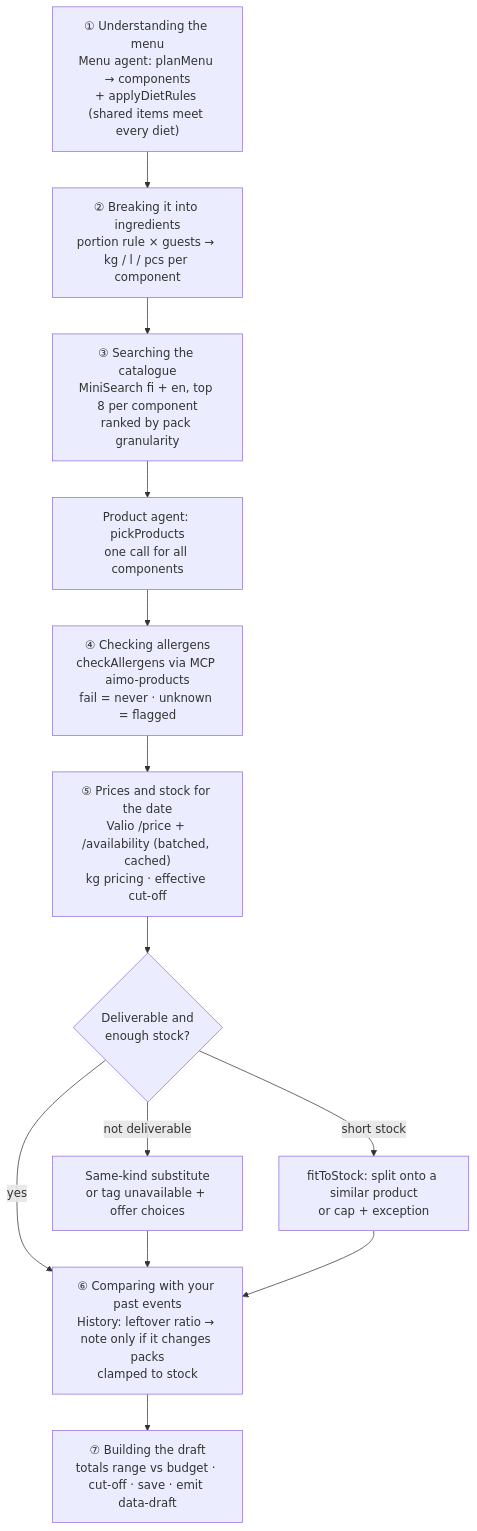
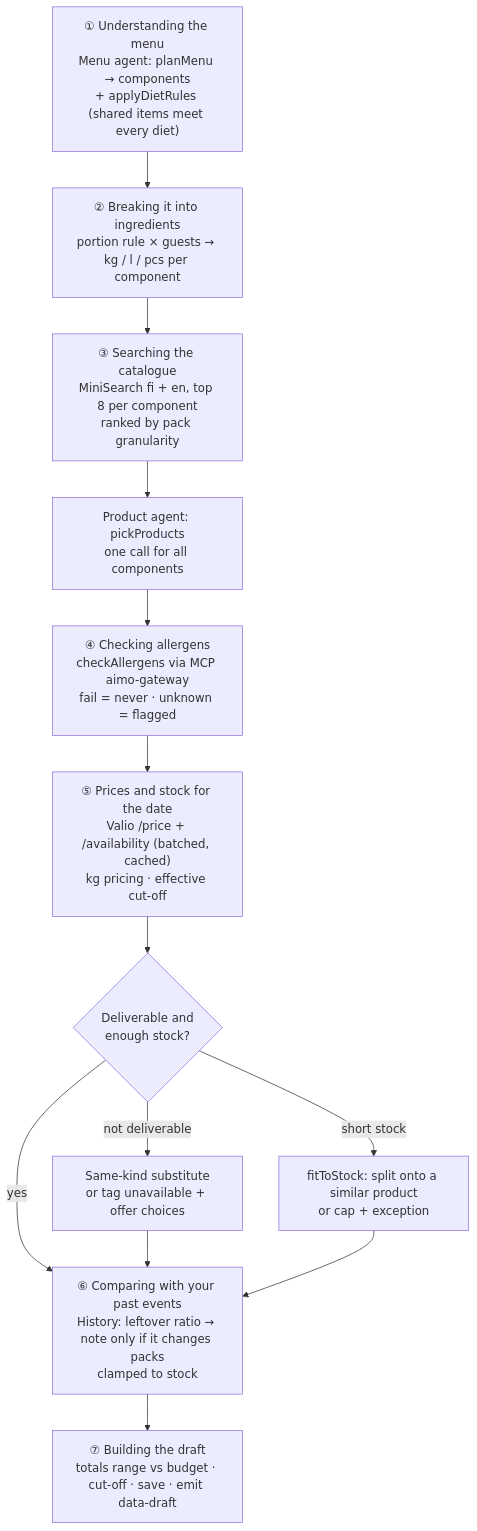
One commit to Viettranni/AimoValio-Junction2026 changed the second of 4 diagrams in MCP.md. Above: the diagram before and after it, drawn with Mermaid. The commit also changed other lines of this file and 4 other files, not shown here.

````diff
--- a/MCP.md
+++ b/MCP.md
@@ -75,17 +75,17 @@
 ```mermaid
 flowchart TD
   A["① Understanding the menu<br/>Menu agent: planMenu → components<br/>+ applyDietRules (shared items meet every diet)"] --> B
   B["② Breaking it into ingredients<br/>portion rule × guests → kg / l / pcs per component"] --> C
   C["③ Searching the catalogue<br/>MiniSearch fi + en, top 8 per component<br/>ranked by pack granularity"] --> D
   D["Product agent: pickProducts<br/>one call for all components"] --> E
-  E["④ Checking allergens<br/>checkAllergens via MCP aimo-products<br/>fail = never · unknown = flagged"] --> F
+  E["④ Checking allergens<br/>checkAllergens via MCP aimo-gateway<br/>fail = never · unknown = flagged"] --> F
   F["⑤ Prices and stock for the date<br/>Valio /price + /availability (batched, cached)<br/>kg pricing · effective cut-off"] --> G
   G{"Deliverable and<br/>enough stock?"}
   G -- "not deliverable" --> H["Same-kind substitute<br/>or tag unavailable + offer choices"]
   G -- "short stock" --> I["fitToStock: split onto a similar product<br/>or cap + exception"]
   G -- yes --> J
   H --> J
   I --> J
   J["⑥ Comparing with your past events<br/>History: leftover ratio → note only if it changes packs<br/>clamped to stock"] --> K
   K["⑦ Building the draft<br/>totals range vs budget · cut-off · save · emit data-draft"]
 ```
````
